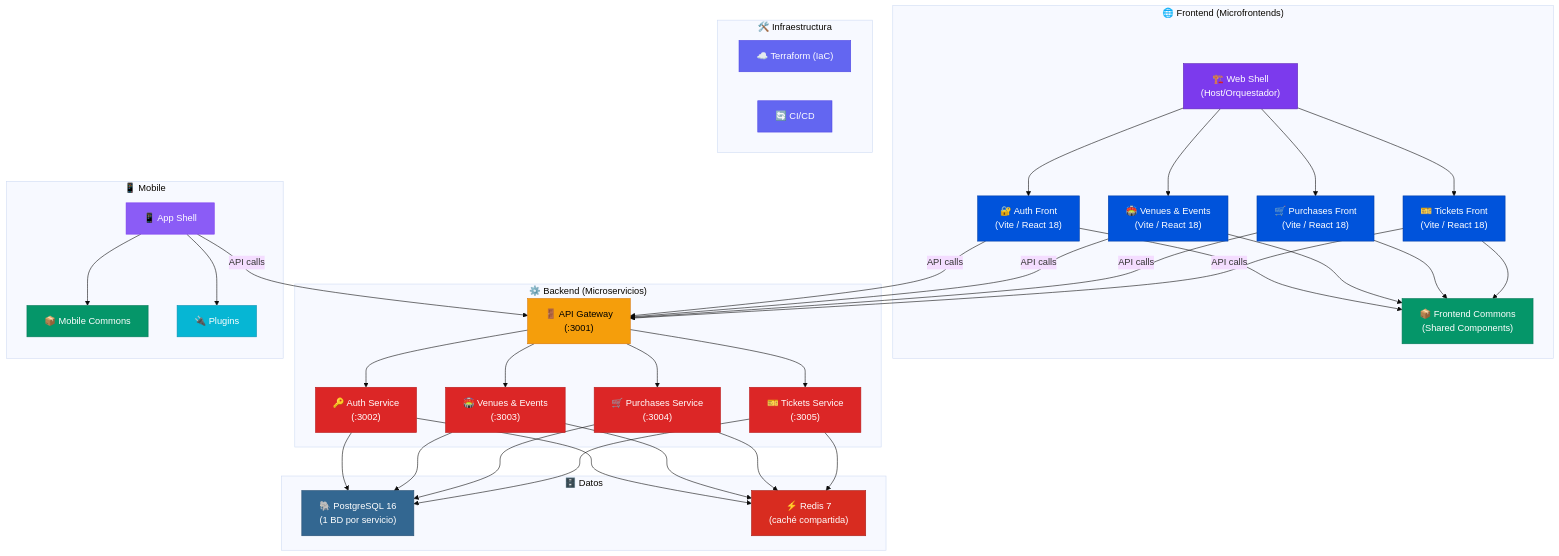
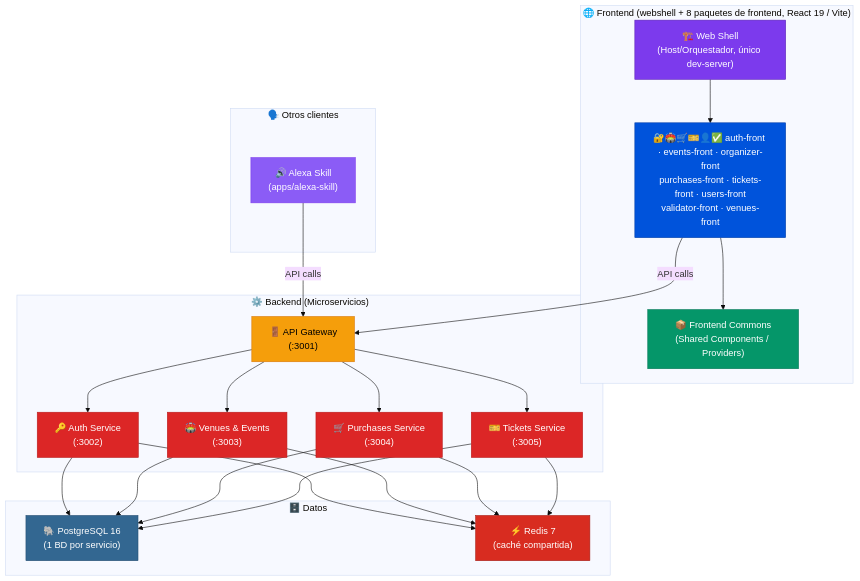
The seventh of 7 diagrams in README.md (amadorcdr/nextticket), drawn with Mermaid (base theme) before and after one commit. The commit also changed other lines of this file and 1 other file, not shown here.

````diff
--- a/README.md
+++ b/README.md
@@ -1035,21 +1000,12 @@
 ```mermaid
 graph TB
-    subgraph "🌐 Frontend (Microfrontends)"
-        WS["🏗️ Web Shell<br/>(Host/Orquestador)"]
-        AF["🔐 Auth Front<br/>(Vite / React 18)"]
-        VEF["🏟️ Venues & Events<br/>(Vite / React 18)"]
-        PF["🛒 Purchases Front<br/>(Vite / React 18)"]
-        TF["🎫 Tickets Front<br/>(Vite / React 18)"]
-        FC["📦 Frontend Commons<br/>(Shared Components)"]
+    subgraph "🌐 Frontend (webshell + 8 paquetes de frontend, React 19 / Vite)"
+        WS["🏗️ Web Shell<br/>(Host/Orquestador, único dev-server)"]
+        MF["🔐🏟️🛒🎫👤✅ auth-front · events-front · organizer-front<br/>purchases-front · tickets-front · users-front<br/>validator-front · venues-front"]
+        FC["📦 Frontend Commons<br/>(Shared Components / Providers)"]
 
-        WS --> AF
-        WS --> VEF
-        WS --> PF
-        WS --> TF
-        AF --> FC
-        VEF --> FC
-        PF --> FC
-        TF --> FC
+        WS --> MF
+        MF --> FC
     end
 
     subgraph "⚙️ Backend (Microservicios)"
@@ -1070,25 +1026,12 @@
         RD["⚡ Redis 7<br/>(caché compartida)"]
     end
 
-    subgraph "📱 Mobile"
-        MA["📱 App Shell"]
-        MC["📦 Mobile Commons"]
-        MP["🔌 Plugins"]
-
-        MA --> MC
-        MA --> MP
+    subgraph "🗣️ Otros clientes"
+        ALEXA["🔊 Alexa Skill<br/>(apps/alexa-skill)"]
     end
 
-    subgraph "🛠️ Infraestructura"
-        TF_INFRA["☁️ Terraform (IaC)"]
-        CI["🔄 CI/CD"]
-    end
-
-    AF -->|"API calls"| GW
-    VEF -->|"API calls"| GW
-    PF -->|"API calls"| GW
-    TF -->|"API calls"| GW
-    MA -->|"API calls"| GW
+    MF -->|"API calls"| GW
+    ALEXA -->|"API calls"| GW
     AS --> PG
     VE --> PG
     PS --> PG
@@ -1099,10 +1042,7 @@
     TS --> RD
 
     style WS fill:#7c3aed,color:#fff,stroke:#5b21b6
-    style AF fill:#0053db,color:#fff,stroke:#003ea8
-    style VEF fill:#0053db,color:#fff,stroke:#003ea8
-    style PF fill:#0053db,color:#fff,stroke:#003ea8
-    style TF fill:#0053db,color:#fff,stroke:#003ea8
+    style MF fill:#0053db,color:#fff,stroke:#003ea8
     style FC fill:#059669,color:#fff,stroke:#047857
     style GW fill:#f59e0b,color:#000,stroke:#d97706
     style AS fill:#dc2626,color:#fff,stroke:#b91c1c
@@ -1111,9 +1051,5 @@
     style TS fill:#dc2626,color:#fff,stroke:#b91c1c
     style PG fill:#336791,color:#fff,stroke:#264f73
     style RD fill:#d82c20,color:#fff,stroke:#a52018
-    style MA fill:#8b5cf6,color:#fff,stroke:#7c3aed
-    style MC fill:#059669,color:#fff,stroke:#047857
-    style MP fill:#06b6d4,color:#fff,stroke:#0891b2
-    style TF_INFRA fill:#6366f1,color:#fff,stroke:#4f46e5
-    style CI fill:#6366f1,color:#fff,stroke:#4f46e5
+    style ALEXA fill:#8b5cf6,color:#fff,stroke:#7c3aed
 ```
````
